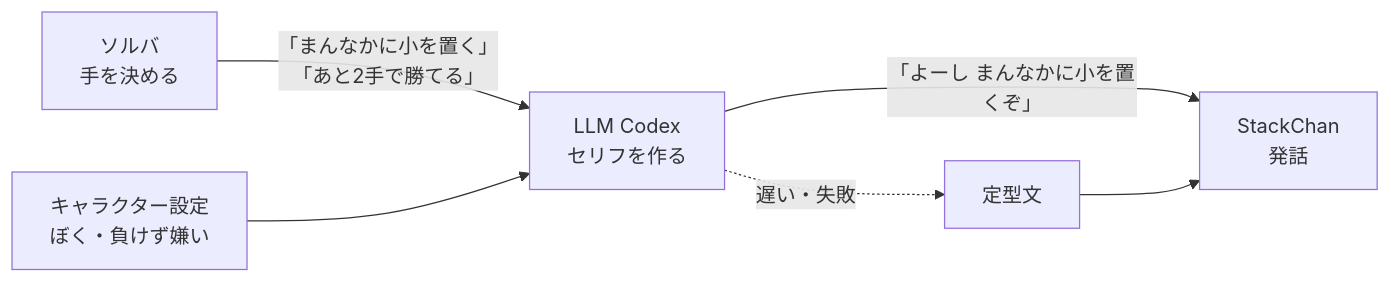
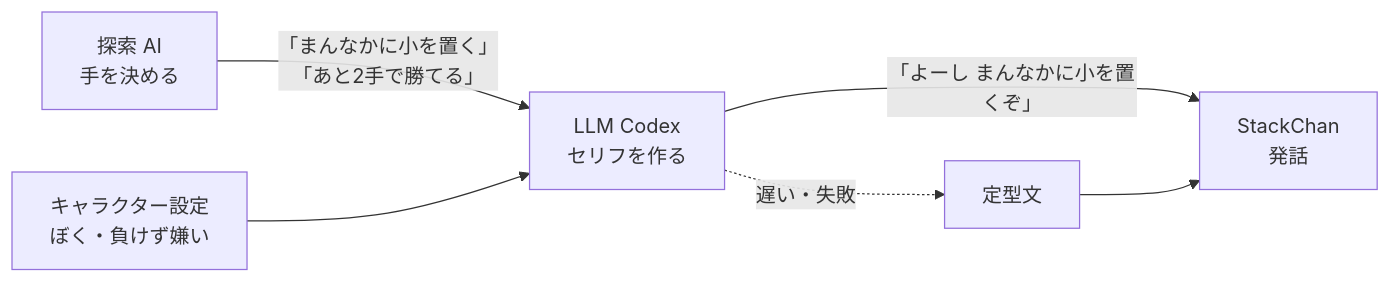
Before and after one commit to tktm8/pai-final-tiramisu: the third of 4 diagrams in README.md, drawn with Mermaid. The commit also changed other lines of this file, not shown here.

````diff
--- a/README.md
+++ b/README.md
@@ -129,7 +129,7 @@
 ```mermaid
 flowchart LR
-    SV[ソルバ<br/>手を決める] -- 「まんなかに小を置く」<br/>「あと2手で勝てる」 --> L[LLM Codex<br/>セリフを作る]
+    SV[探索 AI<br/>手を決める] -- 「まんなかに小を置く」<br/>「あと2手で勝てる」 --> L[LLM Codex<br/>セリフを作る]
     P[キャラクター設定<br/>ぼく・負けず嫌い] --> L
     L -- 「よーし まんなかに小を置くぞ」 --> SC[StackChan<br/>発話]
     L -. 遅い・失敗 .-> T[定型文] --> SC
 ```
````
